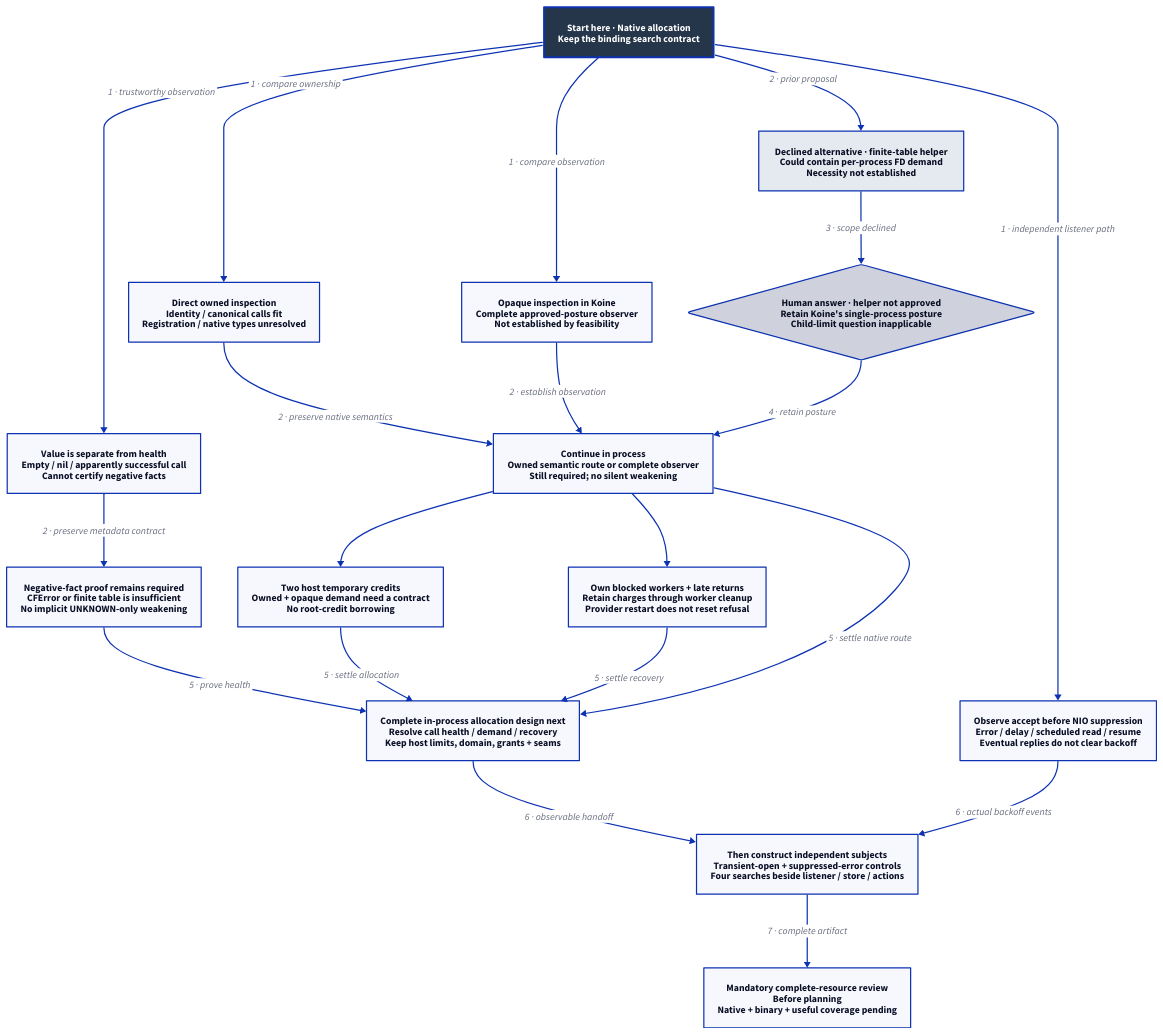
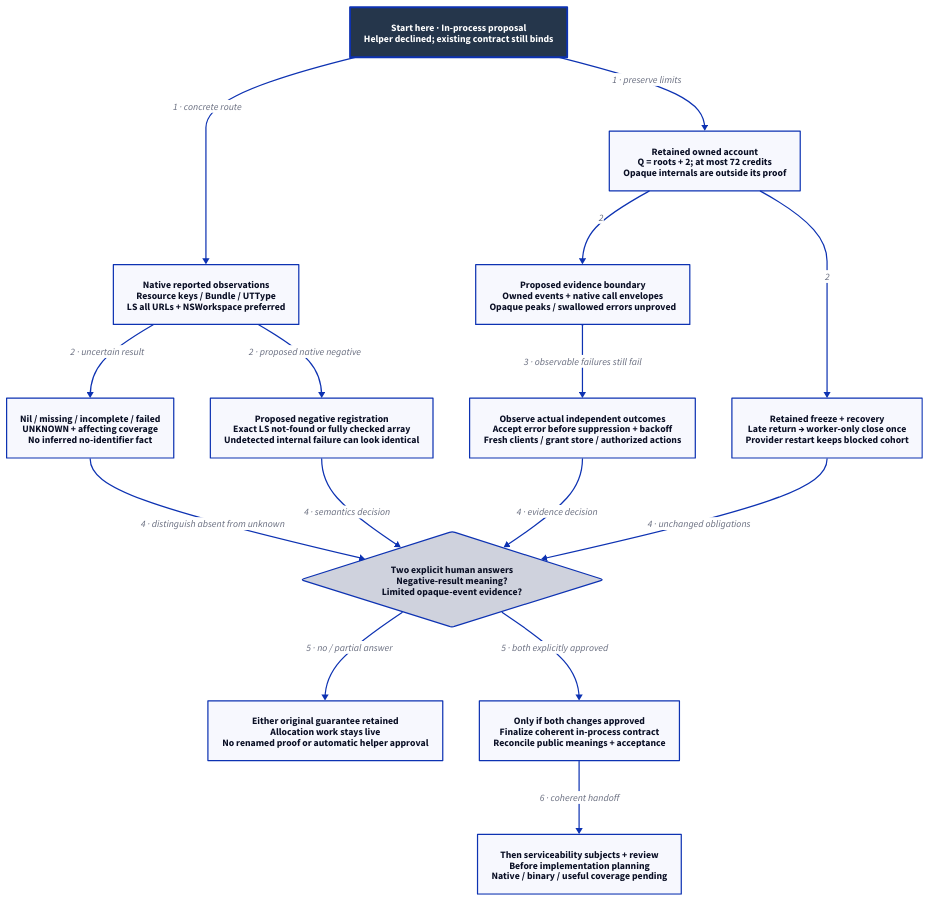
One commit to Linkuistics/Koine changed the diagram in docs/design/architecture/search-resources.d2. Above: the diagram before and after it, drawn with D2. The commit also changed 14 other files, not shown here.

Commit message:
search-observation-boundary-k117: specify the in-process proposal and explicit semantics decisions

```diff
--- a/docs/design/architecture/search-resources.d2
+++ b/docs/design/architecture/search-resources.d2
@@ -1,38 +1,31 @@
-# Helper scope declined. In-process allocation design and native acceptance pending.
+# In-process native-observation proposal. Two human answers required; acceptance pending.
 direction: down
 classes: {
   start: {style: {fill: "#25364B"; font-color: "#FFFFFF"; bold: true; stroke-width: 3}}
 }
-Start: "Start here · Native allocation\nKeep the binding search contract" {class: start}
-Facts: "Value is separate from health\nEmpty / nil / apparently successful call\nCannot certify negative facts"
-Direct: "Direct owned inspection\nIdentity / canonical calls fit\nRegistration / native types unresolved"
-Trace: "Opaque inspection in Koine\nComplete approved-posture observer\nNot established by feasibility"
-Helper: "Declined alternative · finite-table helper\nCould contain per-process FD demand\nNecessity not established" {style: {fill: "#E5EAF0"; stroke-width: 2}}
-Scope: "Human answer · helper not approved\nRetain Koine's single-process posture\nChild-limit question inapplicable" {shape: diamond}
-Continue: "Continue in process\nOwned semantic route or complete observer\nStill required; no silent weakening"
-Budget: "Two host temporary credits\nOwned + opaque demand need a contract\nNo root-credit borrowing"
-Health: "Negative-fact proof remains required\nCFError or finite table is insufficient\nNo implicit UNKNOWN-only weakening"
-Lifetime: "Own blocked workers + late returns\nRetain charges through worker cleanup\nProvider restart does not reset refusal"
-Contract: "Complete in-process allocation design next\nResolve call health / demand / recovery\nKeep host limits, domain, grants + seams"
-Listener: "Observe accept before NIO suppression\nError / delay / scheduled read / resume\nEventual replies do not clear backoff"
-Subjects: "Then construct independent subjects\nTransient-open + suppressed-error controls\nFour searches beside listener / store / actions"
-Pending: "Mandatory complete-resource review\nBefore planning\nNative + binary + useful coverage pending"
-Start -> Facts: "1 · trustworthy observation"
-Start -> Direct: "1 · compare ownership"
-Start -> Trace: "1 · compare observation"
-Start -> Helper: "2 · prior proposal"
-Helper -> Scope: "3 · scope declined"
-Direct -> Continue: "2 · preserve native semantics"
-Trace -> Continue: "2 · establish observation"
-Facts -> Health: "2 · preserve metadata contract"
-Scope -> Continue: "4 · retain posture"
-Continue -> Budget
-Continue -> Lifetime
-Continue -> Contract: "5 · settle native route"
-Budget -> Contract: "5 · settle allocation"
-Health -> Contract: "5 · prove health"
-Lifetime -> Contract: "5 · settle recovery"
-Contract -> Subjects: "6 · observable handoff"
-Start -> Listener: "1 · independent listener path"
-Listener -> Subjects: "6 · actual backoff events"
-Subjects -> Pending: "7 · complete artifact"
+Start: "Start here · In-process proposal\nHelper declined; existing contract still binds" {class: start}
+Calls: "Native reported observations\nResource keys / Bundle / UTType\nLS all URLs + NSWorkspace preferred"
+Unknown: "Nil / missing / incomplete / failed\nUNKNOWN + affecting coverage\nNo inferred no-identifier fact"
+Negative: "Proposed negative registration\nExact LS not-found or fully checked array\nUndetected internal failure can look identical"
+Ownership: "Retained owned account\nQ = roots + 2; at most 72 credits\nOpaque internals are outside its proof"
+Lifetime: "Retained freeze + recovery\nLate return → worker-only close once\nProvider restart keeps blocked cohort"
+Evidence: "Proposed evidence boundary\nOwned events + native call envelopes\nOpaque peaks / swallowed errors unproved"
+Listener: "Observe actual independent outcomes\nAccept error before suppression + backoff\nFresh clients / grant store / authorized actions"
+Decision: "Two explicit human answers\nNegative-result meaning?\nLimited opaque-event evidence?" {shape: diamond}
+Retain: "Either original guarantee retained\nAllocation work stays live\nNo renamed proof or automatic helper approval"
+Accept: "Only if both changes approved\nFinalize coherent in-process contract\nReconcile public meanings + acceptance"
+Pending: "Then serviceability subjects + review\nBefore implementation planning\nNative / binary / useful coverage pending"
+Start -> Calls: "1 · concrete route"
+Start -> Ownership: "1 · preserve limits"
+Calls -> Unknown: "2 · uncertain result"
+Calls -> Negative: "2 · proposed native negative"
+Ownership -> Lifetime: "2"
+Ownership -> Evidence: "2"
+Evidence -> Listener: "3 · observable failures still fail"
+Unknown -> Decision: "4 · distinguish absent from unknown"
+Negative -> Decision: "4 · semantics decision"
+Listener -> Decision: "4 · evidence decision"
+Lifetime -> Decision: "4 · unchanged obligations"
+Decision -> Retain: "5 · no / partial answer"
+Decision -> Accept: "5 · both explicitly approved"
+Accept -> Pending: "6 · coherent handoff"
```
